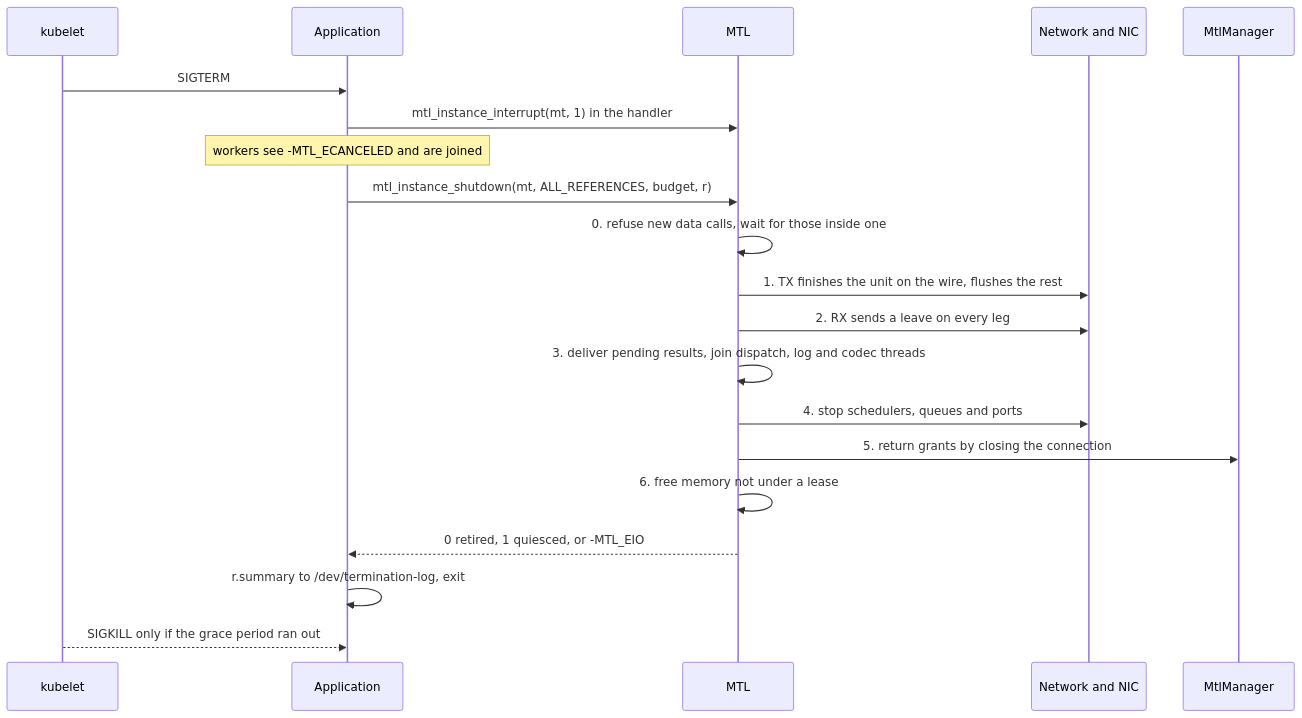
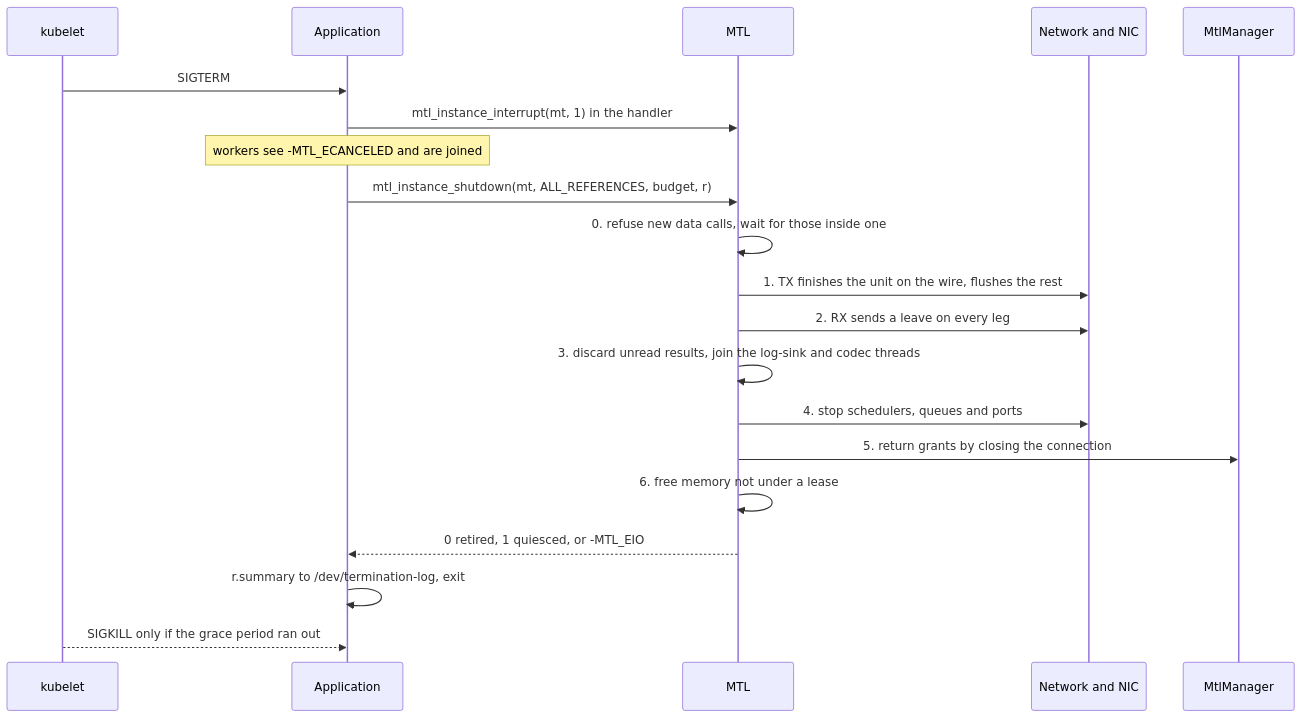
The diagram in doc/unified-api/deployment.md (Sakoram/Media-Transport-Library), drawn with Mermaid before and after one commit. The commit also changed other lines of this file and 56 other files, not shown here.

````diff
--- a/doc/unified-api/deployment.md
+++ b/doc/unified-api/deployment.md
@@ -241,22 +241,22 @@
 ```mermaid
 sequenceDiagram
     participant K as kubelet
     participant A as Application
     participant M as MTL
     participant N as Network and NIC
     participant G as MtlManager
     K->>A: SIGTERM
     A->>M: mtl_instance_interrupt(mt, 1) in the handler
     Note over A: workers see -MTL_ECANCELED and are joined
     A->>M: mtl_instance_shutdown(mt, ALL_REFERENCES, budget, r)
     M->>M: 0. refuse new data calls, wait for those inside one
     M->>N: 1. TX finishes the unit on the wire, flushes the rest
     M->>N: 2. RX sends a leave on every leg
-    M->>M: 3. deliver pending results, join dispatch, log and codec threads
+    M->>M: 3. discard unread results, join the log-sink and codec threads
     M->>N: 4. stop schedulers, queues and ports
     M->>G: 5. return grants by closing the connection
     M->>M: 6. free memory not under a lease
     M-->>A: 0 retired, 1 quiesced, or -MTL_EIO
     A->>A: r.summary to /dev/termination-log, exit
     K-->>A: SIGKILL only if the grace period ran out
 ```
````
